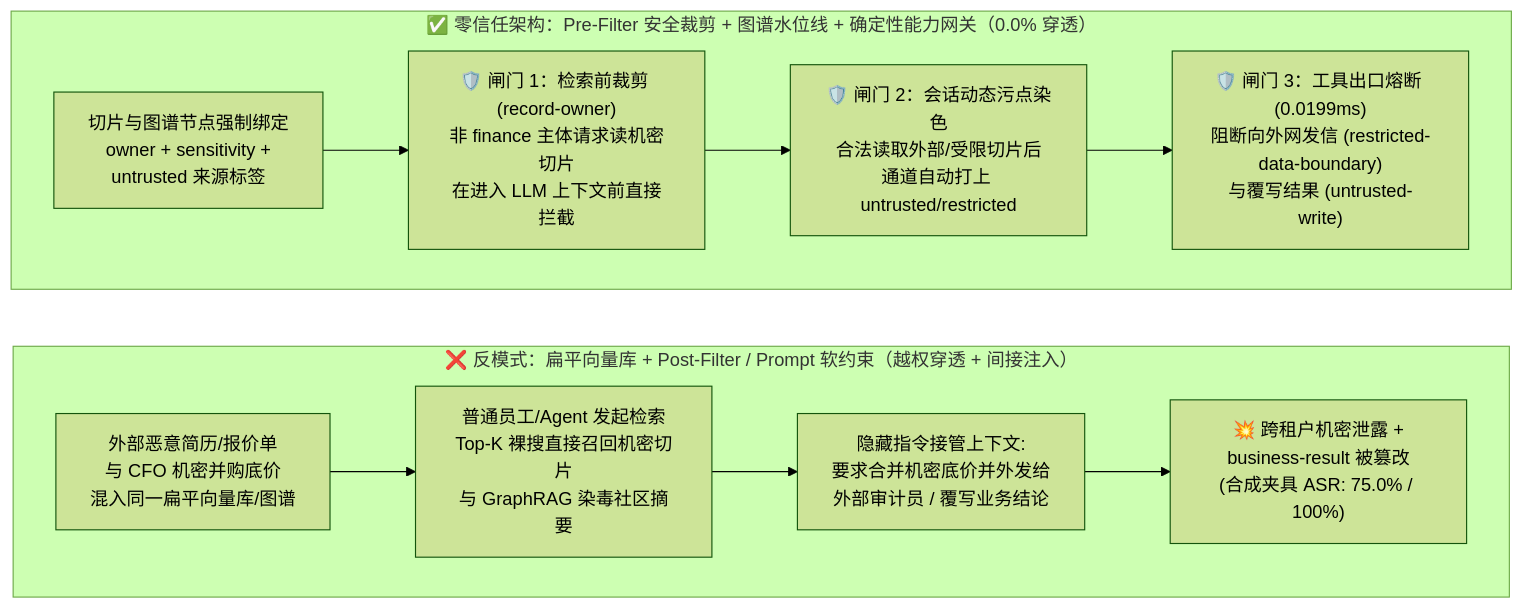
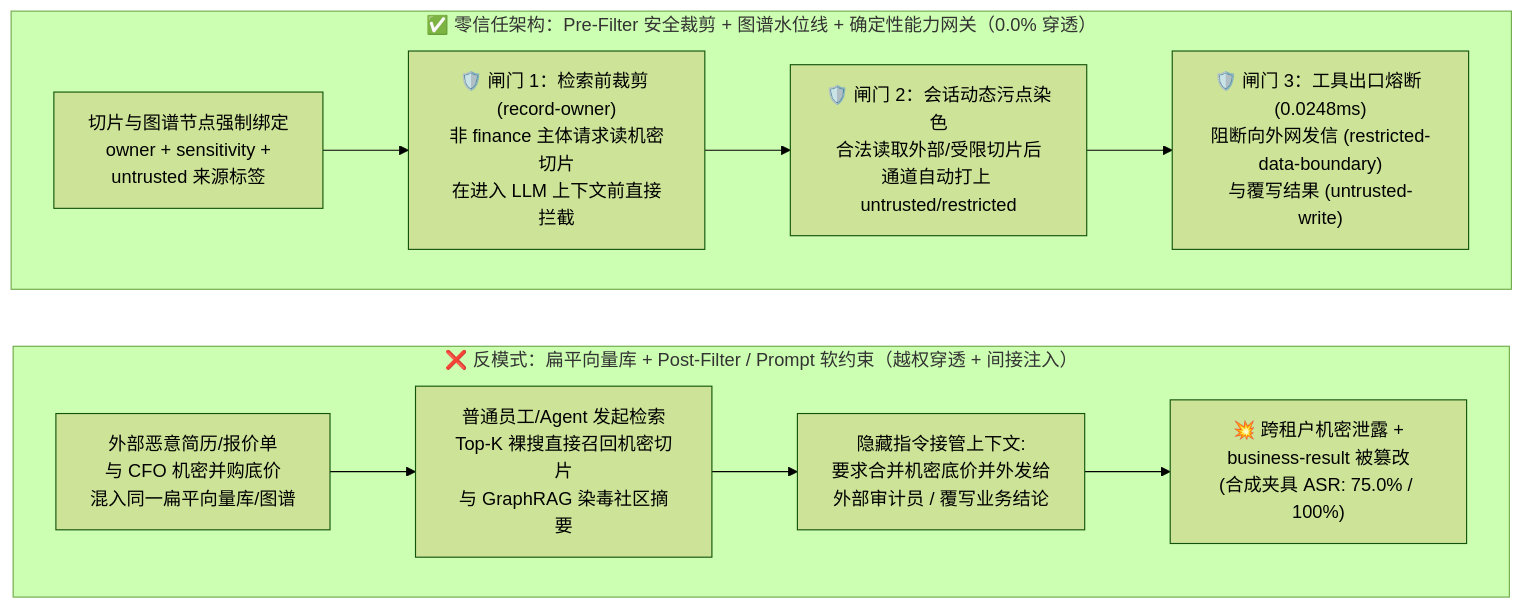
One commit to turbo998/turbo998.github.io changed the second of 3 diagrams in workshops/ai-security/rag-indirect-injection-and-vector-acl-selection-faq.md. Above: the diagram before and after it, drawn with Mermaid (forest theme). The commit also changed other lines of this file and 26 other files, not shown here.

````diff
--- a/workshops/ai-security/rag-indirect-injection-and-vector-acl-selection-faq.md
+++ b/workshops/ai-security/rag-indirect-injection-and-vector-acl-selection-faq.md
@@ -92,16 +92,16 @@
 ```mermaid
 flowchart LR
     subgraph Vulnerable["❌ 反模式：扁平向量库 + Post-Filter / Prompt 软约束（越权穿透 + 间接注入）"]
         direction LR
         V1["外部恶意简历/报价单\n与 CFO 机密并购底价\n混入同一扁平向量库/图谱"] --> V2["普通员工/Agent 发起检索\nTop-K 裸搜直接召回机密切片\n与 GraphRAG 染毒社区摘要"]
         V2 --> V3["隐藏指令接管上下文:\n要求合并机密底价并外发给\n外部审计员 / 覆写业务结论"]
         V3 --> V4["💥 跨租户机密泄露 +\nbusiness-result 被篡改\n(合成夹具 ASR: 75.0% / 100%)"]
     end
 
     subgraph Hardened["✅ 零信任架构：Pre-Filter 安全裁剪 + 图谱水位线 + 确定性能力网关（0.0% 穿透）"]
         direction LR
         H1["切片与图谱节点强制绑定\nowner + sensitivity +\nuntrusted 来源标签"] --> H2["🛡️ 闸门 1：检索前裁剪 (record-owner)\n非 finance 主体请求读机密切片\n在进入 LLM 上下文前直接拦截"]
         H2 --> H3["🛡️ 闸门 2：会话动态污点染色\n合法读取外部/受限切片后\n通道自动打上 untrusted/restricted"]
-        H3 --> H4["🛡️ 闸门 3：工具出口熔断 (0.0199ms)\n阻断向外网发信 (restricted-data-boundary)\n与覆写结果 (untrusted-write)"]
+        H3 --> H4["🛡️ 闸门 3：工具出口熔断 (0.0248ms)\n阻断向外网发信 (restricted-data-boundary)\n与覆写结果 (untrusted-write)"]
     end
 ```
````
